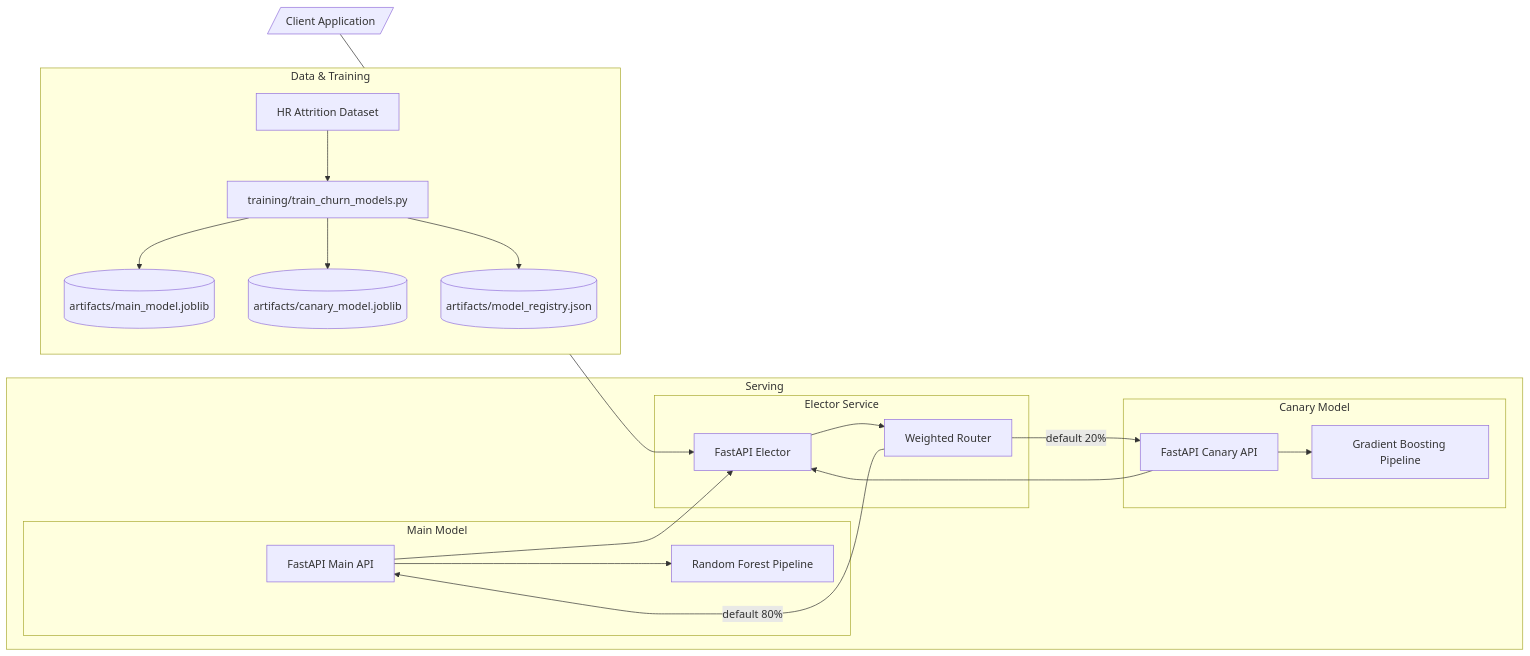
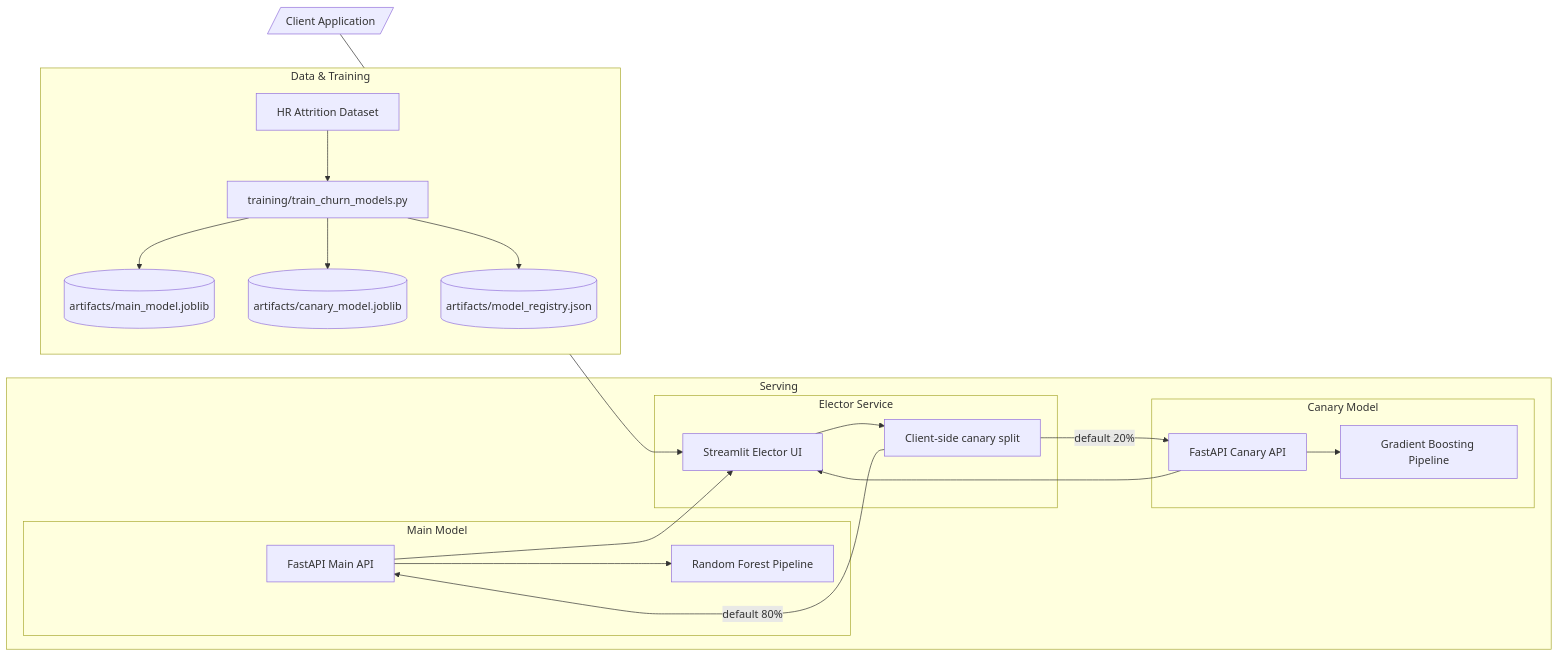
The diagram in kubemini-test-ml/README.md (AndresEscobedo/inpulso-ml-churn), drawn with Mermaid before and after one commit. The commit also changed other lines of this file and 9 other files, not shown here.

Commit message:
feat: Refactor Elector service to use Streamlit UI for model predictions and update related configurations

````diff
--- a/kubemini-test-ml/README.md
+++ b/kubemini-test-ml/README.md
@@ -7,37 +7,37 @@
 ```mermaid
 graph LR
     subgraph Data & Training
         T[HR Attrition Dataset]
         R[training/train_churn_models.py]
         T --> R
         R --> M[(artifacts/main_model.joblib)]
         R --> C[(artifacts/canary_model.joblib)]
         R --> REG[(artifacts/model_registry.json)]
     end
 
     subgraph Serving
         subgraph Main Model
             A[FastAPI Main API]
             B[Random Forest Pipeline]
             A --> B
         end
 
         subgraph Canary Model
             D[FastAPI Canary API]
             E[Gradient Boosting Pipeline]
             D --> E
         end
 
         subgraph Elector Service
-            F[FastAPI Elector]
-            G[Weighted Router]
-            F --> G
-            G -->|default 80%| A
-            G -->|default 20%| D
+          F[Streamlit Elector UI]
+          G[Client-side canary split]
+          F --> G
+          G -->|default 80%| A
+          G -->|default 20%| D
         end
     end
 
     Client[/Client Application/] --> F
     A --> F
     D --> F
 ```
````
